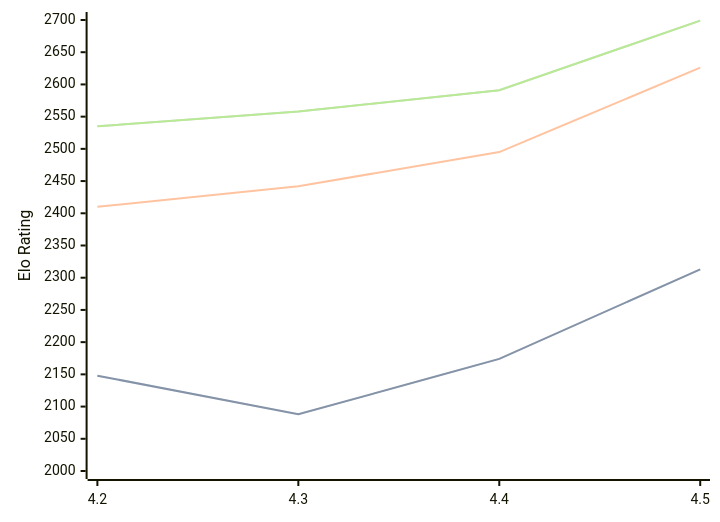
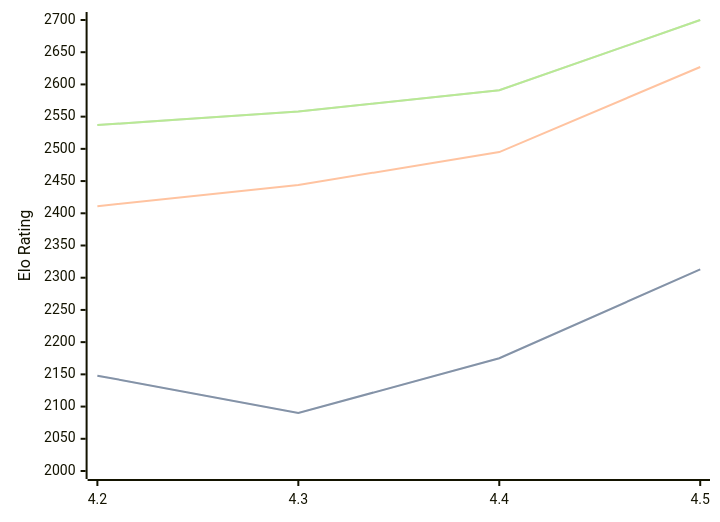
The diagram in engines/Eubos.md (computer-chess-index/cci), drawn with Mermaid before and after one commit. The commit also changed other lines of this file, not shown here.

Commit message:
Update CCI Ratings (ELO VLTC) - 2026-07-24

````diff
--- a/engines/Eubos.md
+++ b/engines/Eubos.md
@@ -90,11 +90,11 @@
 ```mermaid
 %%{init: {"theme":"base","themeVariables":{"seriesColors:['#a3a3a3','#222221','#faa371']}}}%%
 xychart-beta
   x-axis ["4.2", "4.3", "4.4", "4.5"]
   y-axis "Elo Rating" 2000 --> 2700
-  line "STC (8.0+0.08s)" [2148, 2088, 2174, 2313]
-  line "STC (8.0+0.08s)" [2148, 2088, 2174, 2313]
-  line "LTC (60.0+0.60s)" [2410, 2442, 2495, 2626]
-  line "VLTC (2m24s+1.12s)" [2535, 2558, 2591, 2699]
-  line "VLTC (2m24s+1.12s)" [2535, 2558, 2591, 2699]
+  line "STC (8.0+0.08s)" [2148, 2090, 2175, 2313]
+  line "STC (8.0+0.08s)" [2148, 2090, 2175, 2313]
+  line "LTC (60.0+0.60s)" [2411, 2444, 2495, 2627]
+  line "VLTC (2m24s+1.12s)" [2537, 2558, 2591, 2700]
+  line "VLTC (2m24s+1.12s)" [2537, 2558, 2591, 2700]
 ```
````
